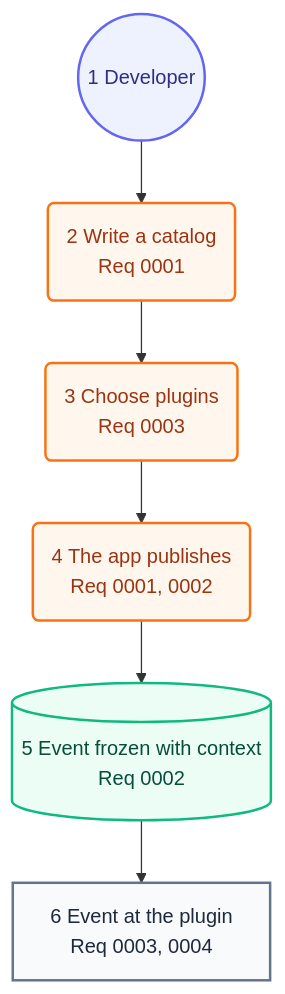
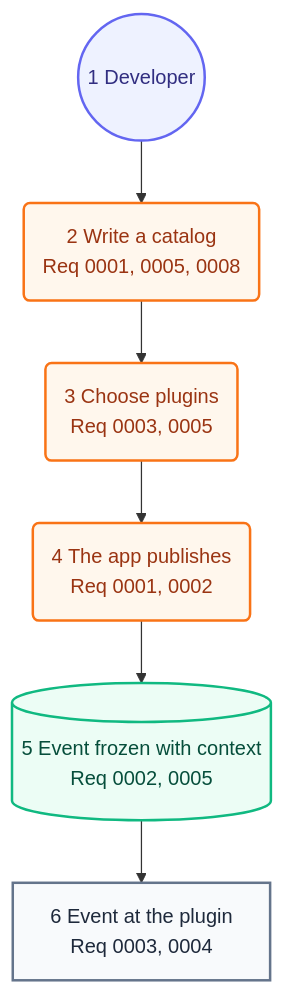
Before and after one commit to may-journal/Stratum-Observability-Java: the second of 2 diagrams in docs/architecture/05-user-journey.md, drawn with Mermaid. The commit also changed other lines of this file and 23 other files, not shown here.

First line of the commit message:
feat(core): route events to plugins by event type

````diff
--- a/docs/architecture/05-user-journey.md
+++ b/docs/architecture/05-user-journey.md
@@ -31,20 +31,20 @@
 ```mermaid
 flowchart TB
     dev((1 Developer)):::persona
-    catalog(2 Write a catalog<br/>Req 0001):::action
-    plugins(3 Choose plugins<br/>Req 0003):::action
+    catalog(2 Write a catalog<br/>Req 0001, 0005, 0008):::action
+    plugins(3 Choose plugins<br/>Req 0003, 0005):::action
     publish(4 The app publishes<br/>Req 0001, 0002):::action
-    snapshot[(5 Event frozen with context<br/>Req 0002)]:::system
+    snapshot[(5 Event frozen with context<br/>Req 0002, 0005)]:::system
     plugin[6 Event at the plugin<br/>Req 0003, 0004]:::screen
 
     dev --> catalog
     catalog --> plugins
     plugins --> publish
     publish --> snapshot
     snapshot --> plugin
 
     classDef persona fill:#eef2ff,stroke:#6366f1,color:#312e81,stroke-width:2px
     classDef screen fill:#f8fafc,stroke:#64748b,color:#1e293b,stroke-width:2px
     classDef action fill:#fff7ed,stroke:#f97316,color:#9a3412,stroke-width:2px
     classDef system fill:#ecfdf5,stroke:#10b981,color:#064e3b,stroke-width:2px
 ```
````
